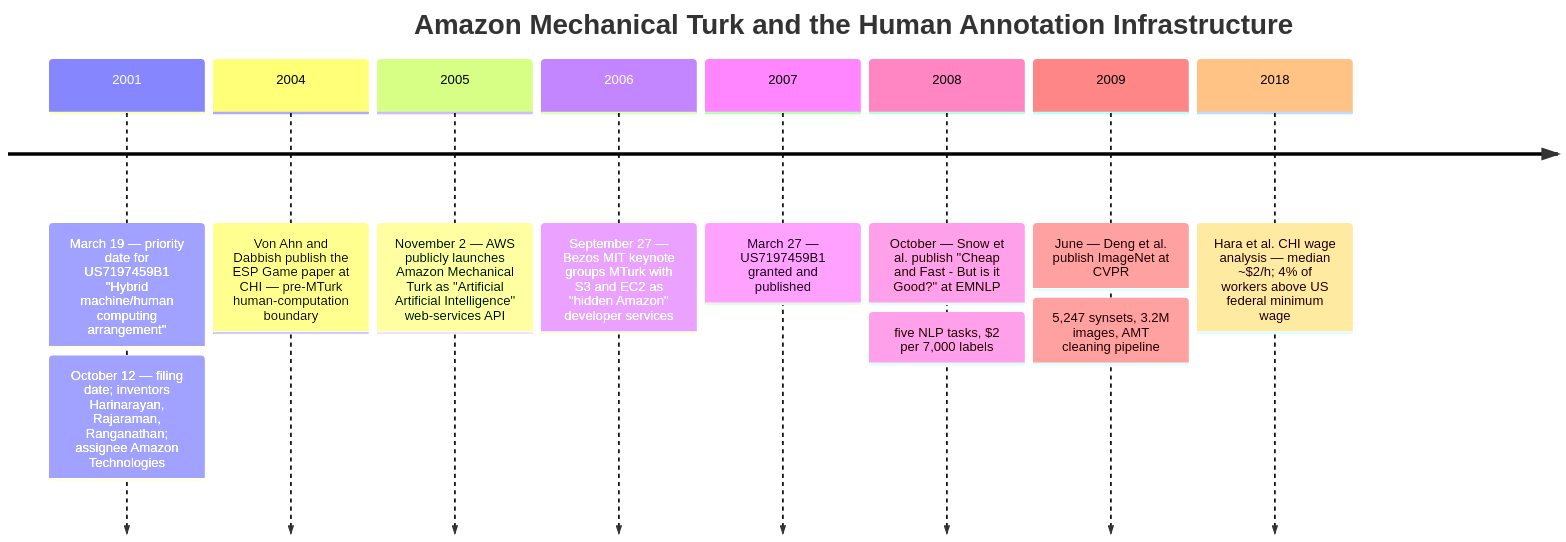
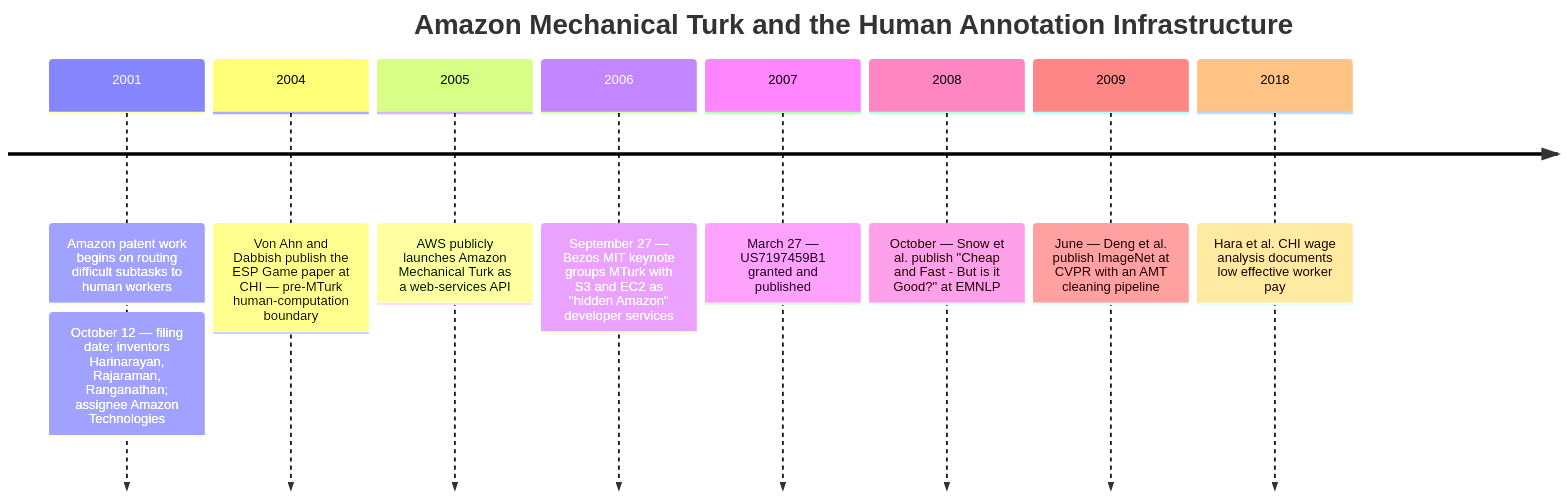
One commit to krisztiankoos/kubedojo changed the diagram in src/content/docs/ai-history/ch-38-the-human-api.md. Above: the diagram before and after it, drawn with Mermaid. The commit also changed other lines of this file and 2 other files, not shown here.

````diff
--- a/src/content/docs/ai-history/ch-38-the-human-api.md
+++ b/src/content/docs/ai-history/ch-38-the-human-api.md
@@ -29,13 +29,13 @@
 ```mermaid
 timeline
     title Amazon Mechanical Turk and the Human Annotation Infrastructure
-    2001 : March 19 — priority date for US7197459B1 "Hybrid machine/human computing arrangement"
+    2001 : Amazon patent work begins on routing difficult subtasks to human workers
          : October 12 — filing date; inventors Harinarayan, Rajaraman, Ranganathan; assignee Amazon Technologies
     2004 : Von Ahn and Dabbish publish the ESP Game paper at CHI — pre-MTurk human-computation boundary
-    2005 : November 2 — AWS publicly launches Amazon Mechanical Turk as "Artificial Artificial Intelligence" web-services API
+    2005 : AWS publicly launches Amazon Mechanical Turk as a web-services API
     2006 : September 27 — Bezos MIT keynote groups MTurk with S3 and EC2 as "hidden Amazon" developer services
     2007 : March 27 — US7197459B1 granted and published
-    2008 : October — Snow et al. publish "Cheap and Fast - But is it Good?" at EMNLP : five NLP tasks, $2 per 7,000 labels
-    2009 : June — Deng et al. publish ImageNet at CVPR : 5,247 synsets, 3.2M images, AMT cleaning pipeline
-    2018 : Hara et al. CHI wage analysis — median ~$2/h; 4% of workers above US federal minimum wage
+    2008 : October — Snow et al. publish "Cheap and Fast - But is it Good?" at EMNLP
+    2009 : June — Deng et al. publish ImageNet at CVPR with an AMT cleaning pipeline
+    2018 : Hara et al. CHI wage analysis documents low effective worker pay
 ```
````
